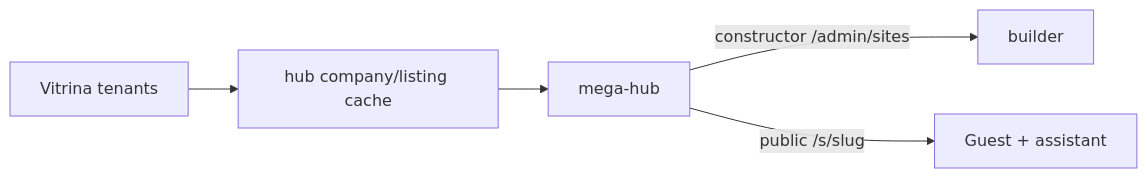
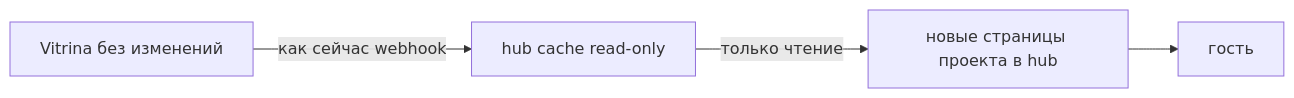
Before and after one commit to sibnike/yanbada-docs: the diagram in docs/agent-context/09-themed-sites.md, drawn with Mermaid. The commit also changed other lines of this file and 13 other files, not shown here.

First line of the commit message:
docs: themed pages are an overlay, Vitrina stays untouched

````diff
--- a/docs/agent-context/09-themed-sites.md
+++ b/docs/agent-context/09-themed-sites.md
@@ -18,11 +20,10 @@
 ```mermaid
 flowchart LR
-  Vitrina["Vitrina tenants"]
-  Cache["hub company/listing cache"]
-  Hub["mega-hub"]
-  Guest["Guest + assistant"]
-  Vitrina --> Cache
-  Cache --> Hub
-  Hub -->|"constructor /admin/sites"| Builder["builder"]
-  Hub -->|"public /s/slug"| Guest
+  Vitrina["Vitrina без изменений"]
+  Cache["hub cache read-only"]
+  Pages["новые страницы проекта в hub"]
+  Guest["гость"]
+  Vitrina -->|"как сейчас webhook"| Cache
+  Cache -->|"только чтение"| Pages
+  Pages --> Guest
 ```
````
